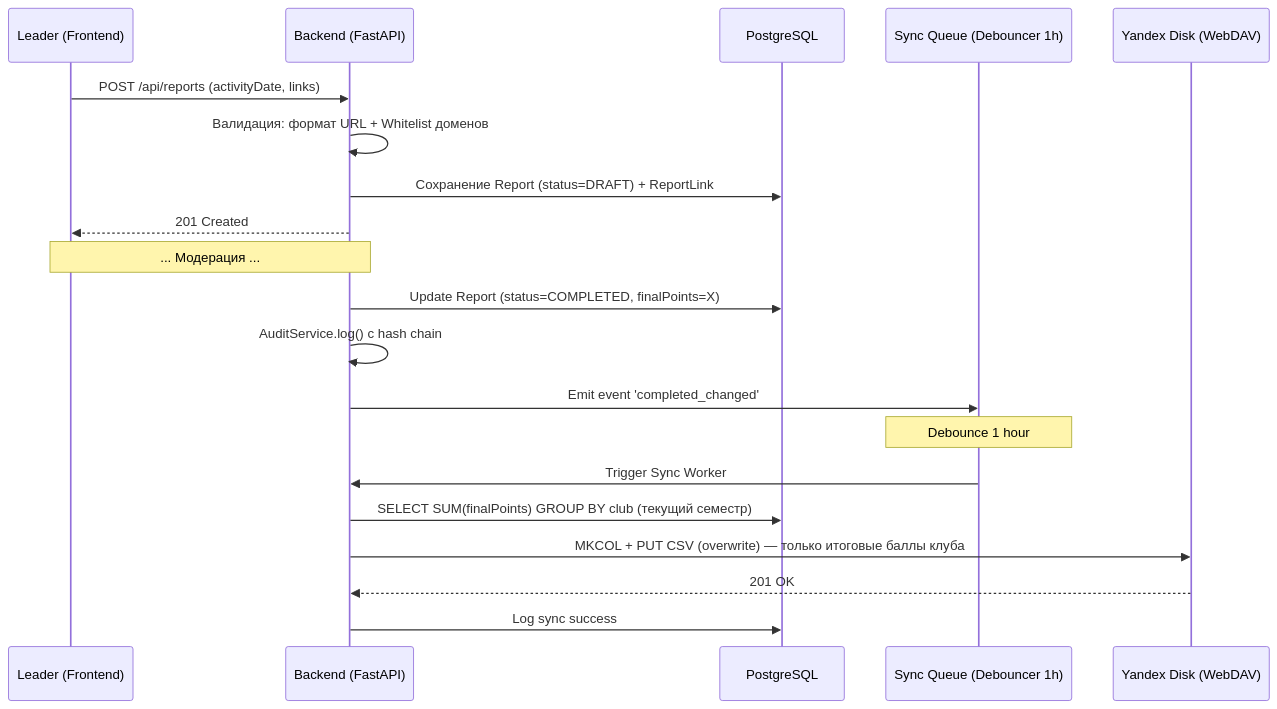
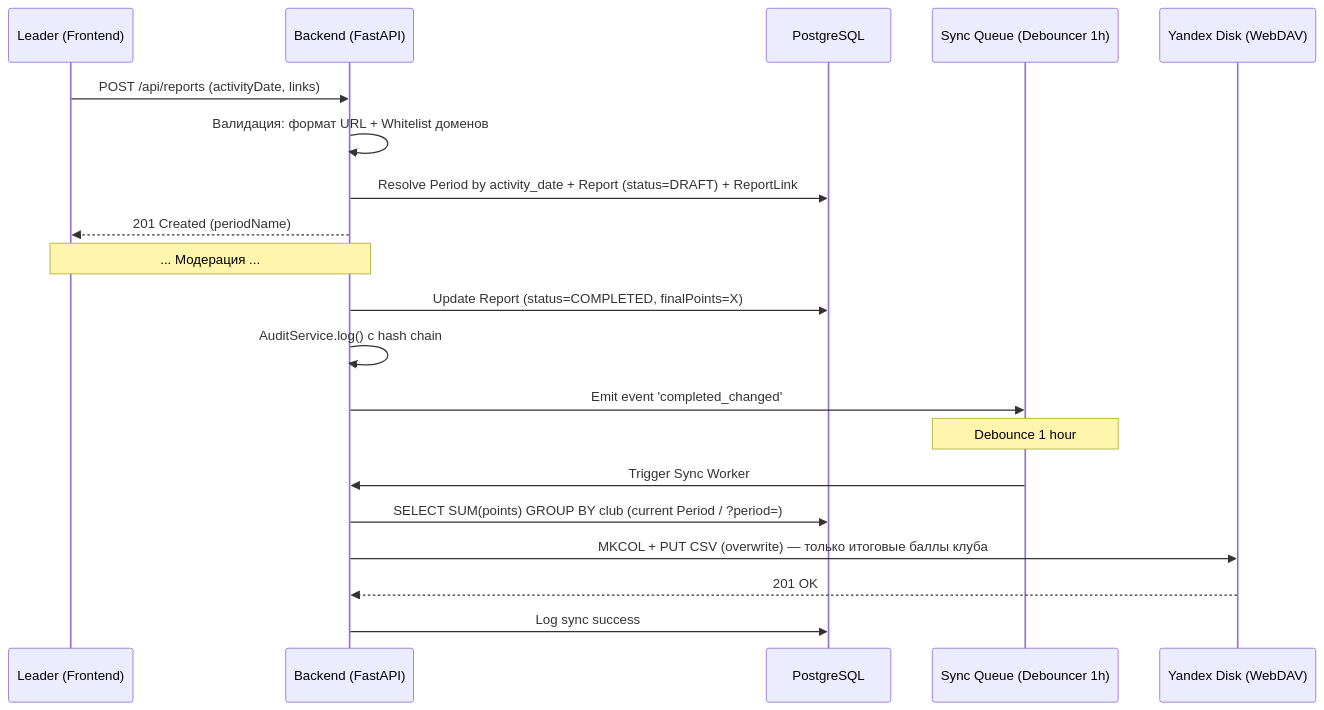
The second of 3 diagrams in docs/04_ARCHITECTURE.md (DaniK-51/club-league), drawn with Mermaid before and after one commit. The commit also changed other lines of this file and 9 other files, not shown here.

````diff
--- a/docs/04_ARCHITECTURE.md
+++ b/docs/04_ARCHITECTURE.md
@@ -30,27 +30,27 @@
 ```mermaid
 sequenceDiagram
     participant L as Leader (Frontend)
     participant BE as Backend (FastAPI)
     participant DB as PostgreSQL
     participant Q as Sync Queue (Debouncer 1h)
     participant Y as Yandex Disk (WebDAV)
 
     L->>BE: POST /api/reports (activityDate, links)
     BE->>BE: Валидация: формат URL + Whitelist доменов
-    BE->>DB: Сохранение Report (status=DRAFT) + ReportLink
-    BE-->>L: 201 Created
+    BE->>DB: Resolve Period by activity_date + Report (status=DRAFT) + ReportLink
+    BE-->>L: 201 Created (periodName)
     
     Note over L,BE: ... Модерация ...
     
     BE->>DB: Update Report (status=COMPLETED, finalPoints=X)
     BE->>BE: AuditService.log() с hash chain
     BE->>Q: Emit event 'completed_changed'
     
     Note over Q: Debounce 1 hour
     
     Q->>BE: Trigger Sync Worker
-    BE->>DB: SELECT SUM(finalPoints) GROUP BY club (текущий семестр)
+    BE->>DB: SELECT SUM(points) GROUP BY club (current Period / ?period=)
     BE->>Y: MKCOL + PUT CSV (overwrite) — только итоговые баллы клуба
     Y-->>BE: 201 OK
     BE->>DB: Log sync success
 ```
````
